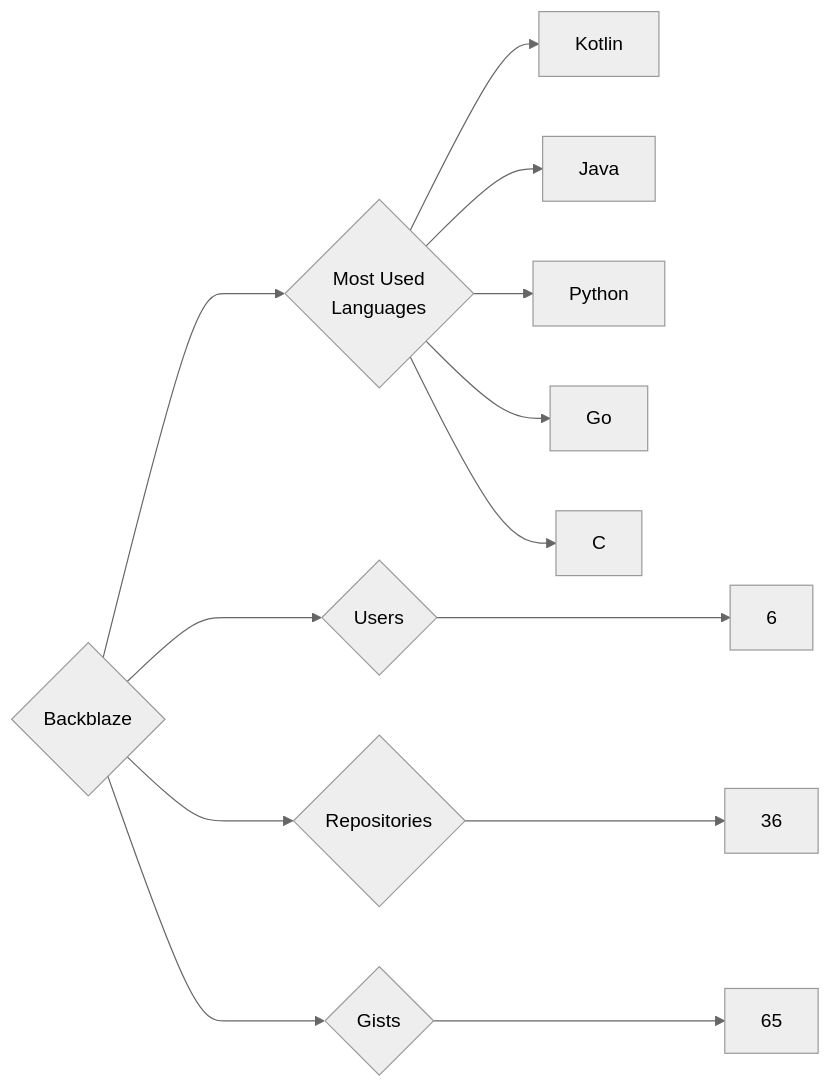
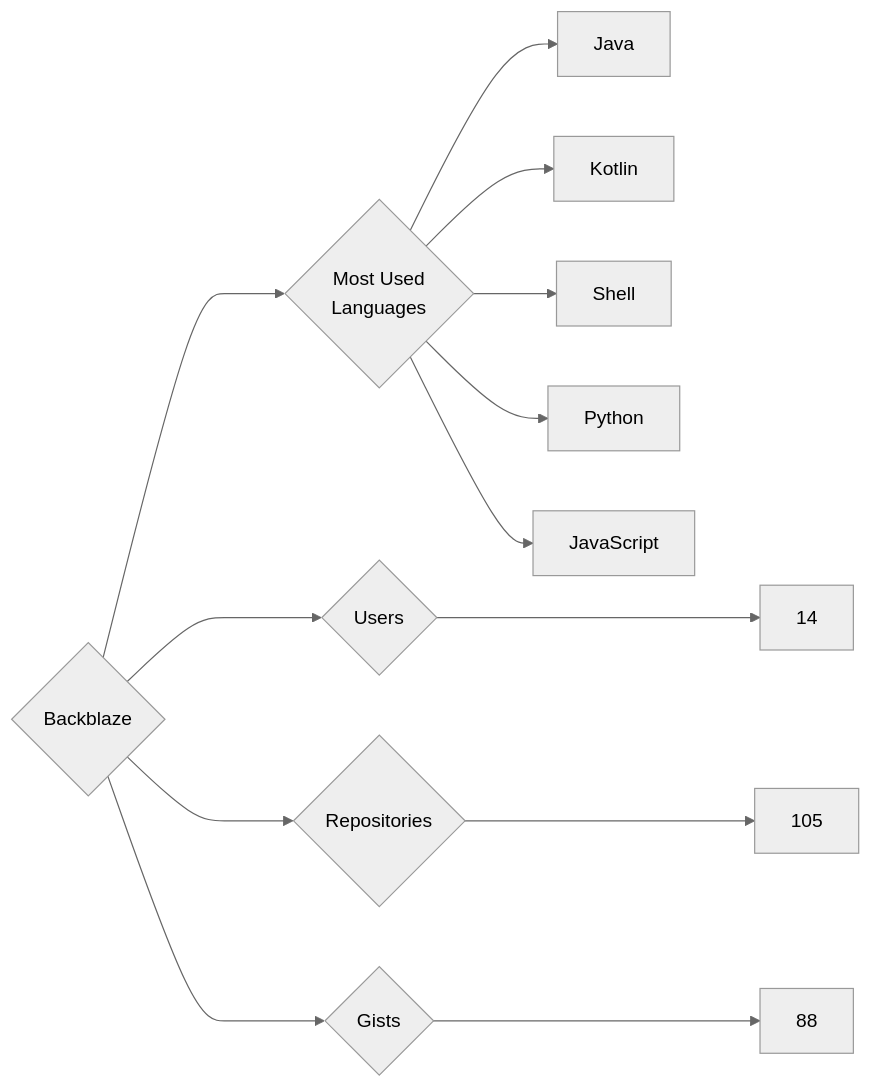
One commit to trickest/insiders changed the diagram in targets/Backblaze/README.md. Above: the diagram before and after it, drawn with Mermaid (neutral theme). The commit also changed 814 other files, not shown here.

````diff
--- a/targets/Backblaze/README.md
+++ b/targets/Backblaze/README.md
@@ -3,13 +3,13 @@
 ```mermaid
 graph LR
 COMPANY_NAME{Backblaze}
-COMPANY_NAME ---> U{Users} ---> UN[6]
-COMPANY_NAME ---> R{Repositories} ---> RN[36]
-COMPANY_NAME ---> G{Gists} ---> GN[65]
+COMPANY_NAME ---> U{Users} ---> UN[14]
+COMPANY_NAME ---> R{Repositories} ---> RN[105]
+COMPANY_NAME ---> G{Gists} ---> GN[88]
 COMPANY_NAME ---> ML{Most Used<br>Languages}
+ML --> Java[Java]
 ML --> Kotlin[Kotlin]
-ML --> Java[Java]
+ML --> Shell[Shell]
 ML --> Python[Python]
-ML --> Go[Go]
-ML --> C[C]
+ML --> JavaScript[JavaScript]
 ```
````
